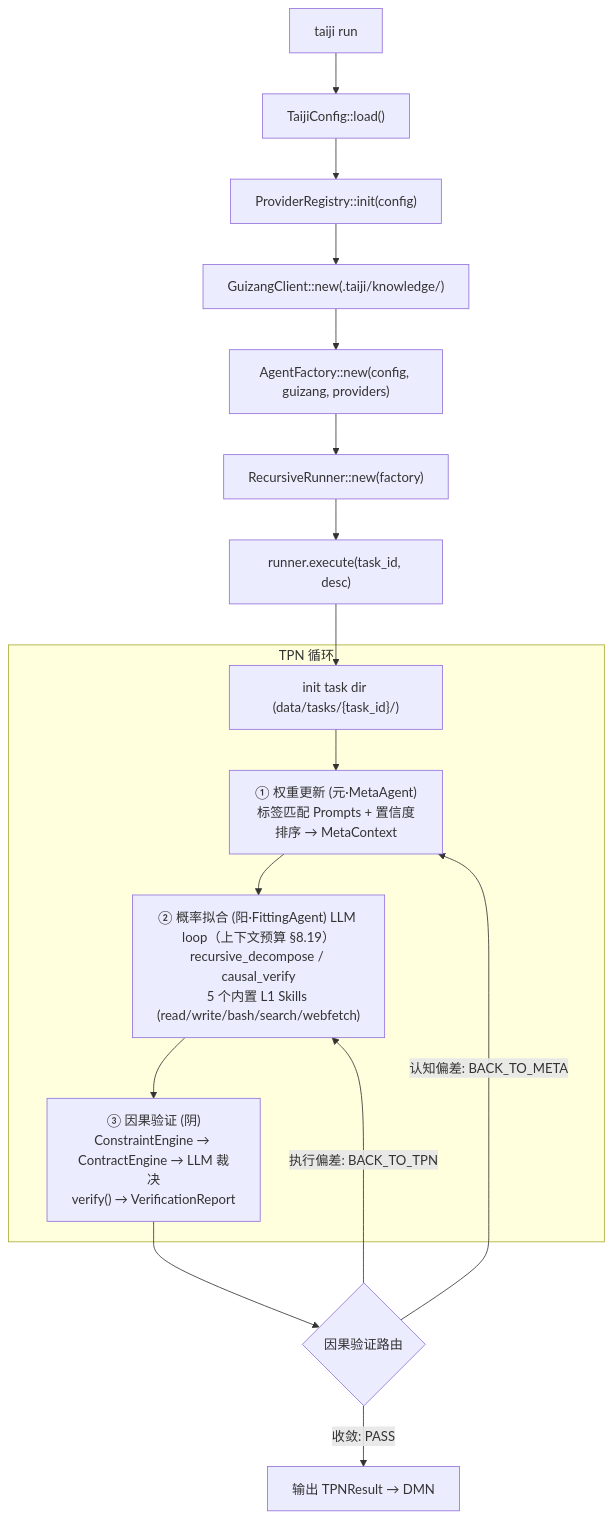
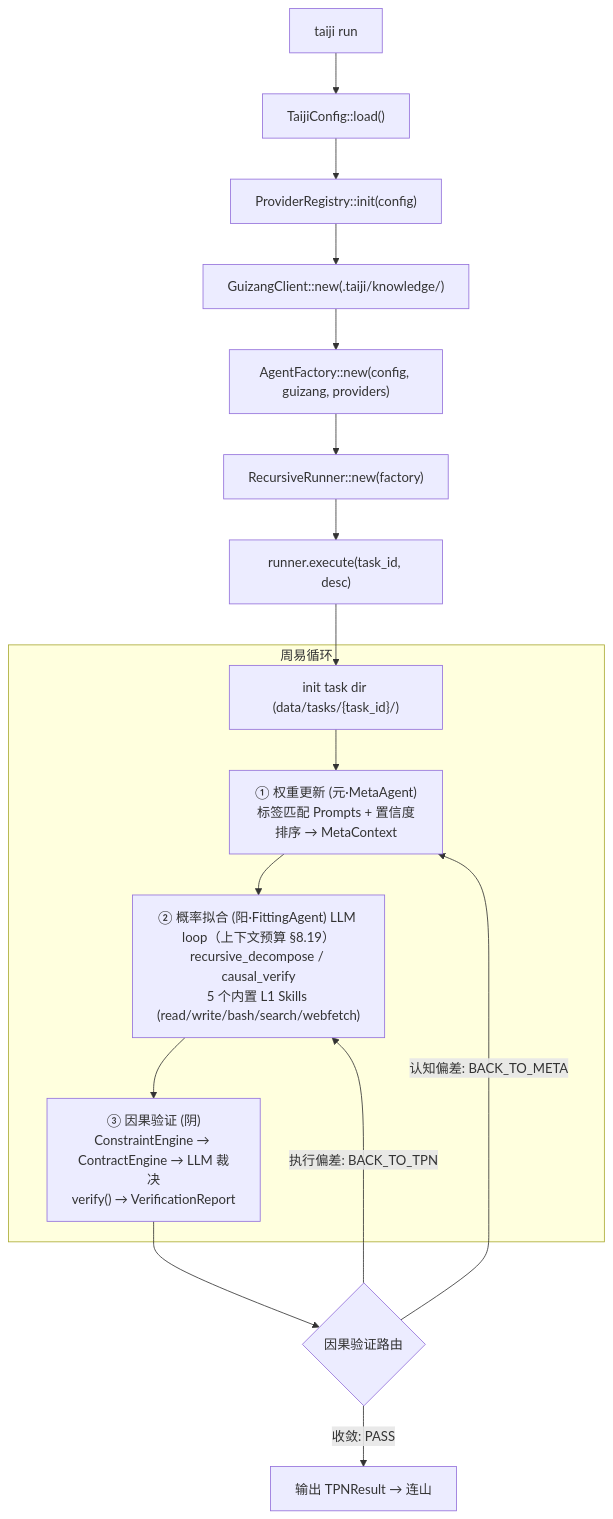
The first of 7 diagrams in BCP-蓝图-完型协议.md (wenge6090-tech/taiji), drawn with Mermaid before and after one commit. The commit also changed other lines of this file, not shown here.

````diff
--- a/BCP-蓝图-完型协议.md
+++ b/BCP-蓝图-完型协议.md
@@ -207,21 +311,21 @@
 ```mermaid
 flowchart TD
     USER["taiji run <description>"] --> CONFIG["TaijiConfig::load()"]
     CONFIG --> PVR["ProviderRegistry::init(config)"]
     PVR --> GUIZANG["GuizangClient::new(.taiji/knowledge/)"]
     GUIZANG --> FACTORY["AgentFactory::new(config, guizang, providers)"]
     FACTORY --> RUNNER["RecursiveRunner::new(factory)"]
     RUNNER --> EXECUTE["runner.execute(task_id, desc)"]
     EXECUTE --> INIT["init task dir (data/tasks/{task_id}/)"]
 
-    subgraph "TPN 循环"
+    subgraph "周易循环"
         INIT --> META["① 权重更新 (元·MetaAgent)\n标签匹配 Prompts + 置信度排序 → MetaContext"]
         META -->         FIT["② 概率拟合 (阳·FittingAgent) LLM loop（上下文预算 §8.19）\nrecursive_decompose / causal_verify\n5 个内置 L1 Skills (read/write/bash/search/webfetch)"]
         FIT --> VERIFY["③ 因果验证 (阴)\nConstraintEngine → ContractEngine → LLM 裁决\nverify() → VerificationReport"]
     end
 
     VERIFY --> ROUTE{"因果验证路由"}
     ROUTE -->|"执行偏差: BACK_TO_TPN"| FIT
     ROUTE -->|"认知偏差: BACK_TO_META"| META
-    ROUTE -->|"收敛: PASS"| DONE["输出 TPNResult → DMN"]
+    ROUTE -->|"收敛: PASS"| DONE["输出 TPNResult → 连山"]
 ```
````
